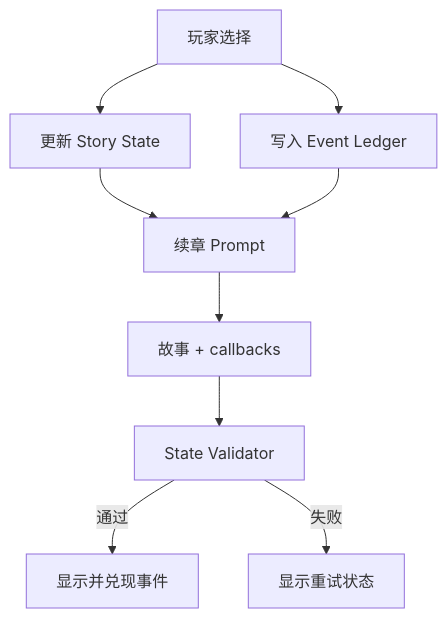
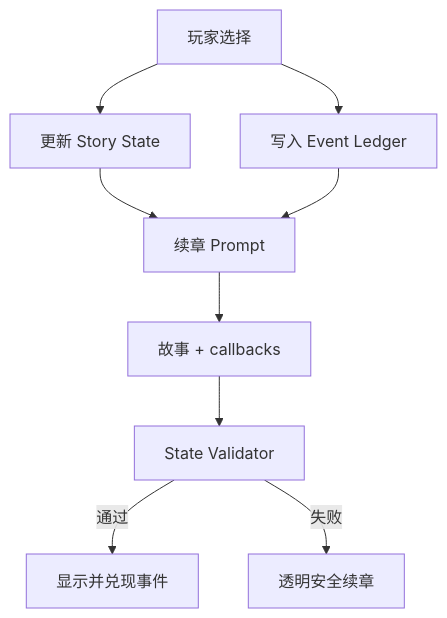
The diagram in STORY_GENERATION_V4.md (scarlettli812-code/herparalives), drawn with Mermaid before and after one commit. The commit also changed other lines of this file and 6 other files, not shown here.

````diff
--- a/STORY_GENERATION_V4.md
+++ b/STORY_GENERATION_V4.md
@@ -16,11 +16,11 @@
 ```mermaid
 flowchart TD
   A[玩家选择] --> B[更新 Story State]
   A --> C[写入 Event Ledger]
   B --> D[续章 Prompt]
   C --> D
   D --> E[故事 + callbacks]
   E --> F[State Validator]
   F -->|通过| G[显示并兑现事件]
-  F -->|失败| H[显示重试状态]
+  F -->|失败| H[透明安全续章]
 ```
````
